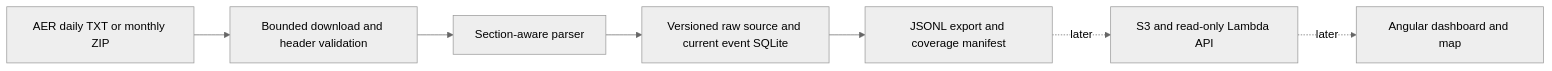
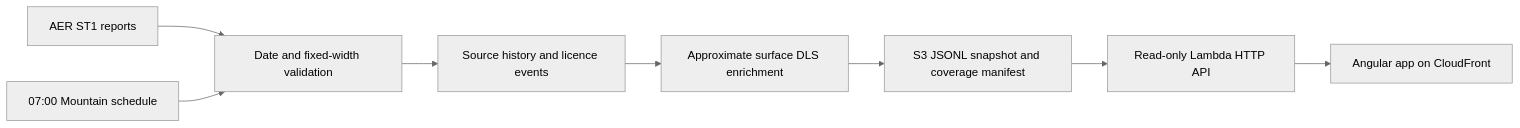
The diagram in README.md (Null-Phnix/wellspring), drawn with Mermaid (neutral theme) before and after one commit. The commit also changed other lines of this file and 2 other files, not shown here.

Commit message:
Document live evidence, deployment boundaries and honest build history

````diff
--- a/README.md
+++ b/README.md
@@ -86,9 +51,10 @@
 ```mermaid
 flowchart LR
-  A[AER daily TXT or monthly ZIP] --> B[Bounded download and header validation]
-  B --> C[Section-aware parser]
-  C --> D[Versioned raw source and current event SQLite]
-  D --> E[JSONL export and coverage manifest]
-  E -. later .-> F[S3 and read-only Lambda API]
-  F -. later .-> G[Angular dashboard and map]
+  A[AER ST1 reports] --> B[Date and fixed-width validation]
+  B --> C[Source history and licence events]
+  C --> D[Approximate surface DLS enrichment]
+  D --> E[S3 JSONL snapshot and coverage manifest]
+  E --> F[Read-only Lambda HTTP API]
+  F --> G[Angular app on CloudFront]
+  H[07:00 Mountain schedule] --> B
 ```
````
